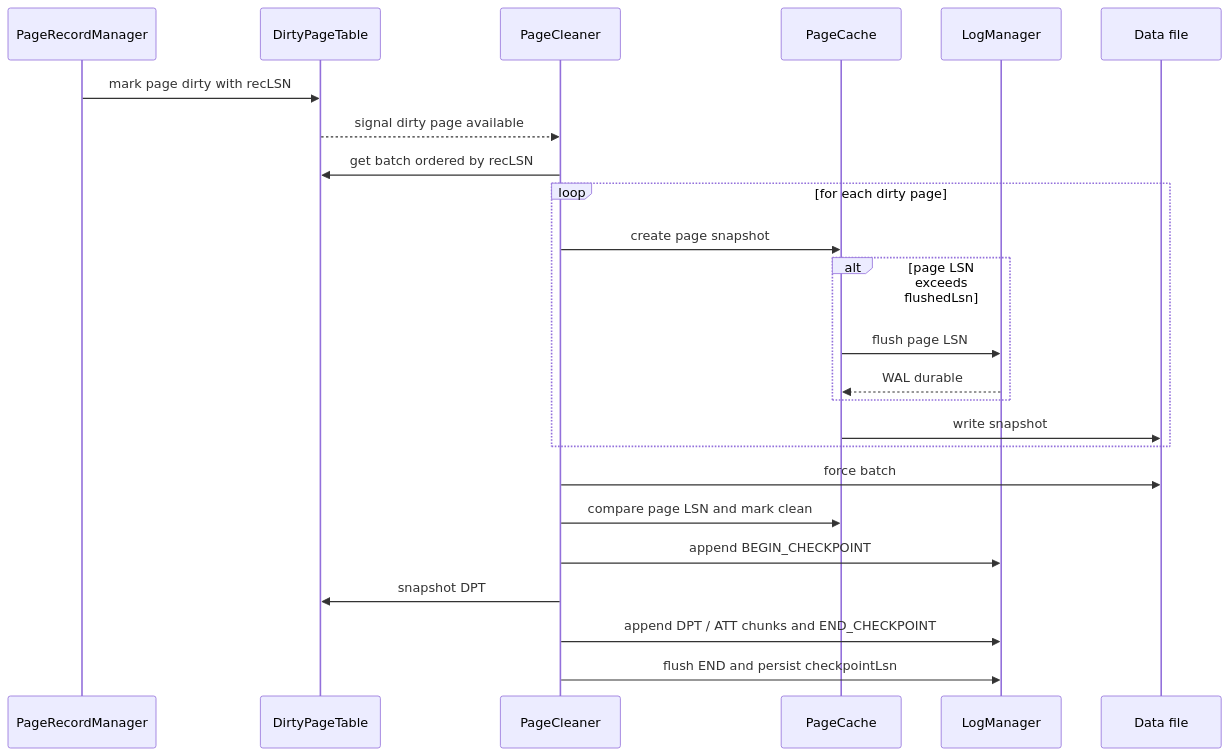
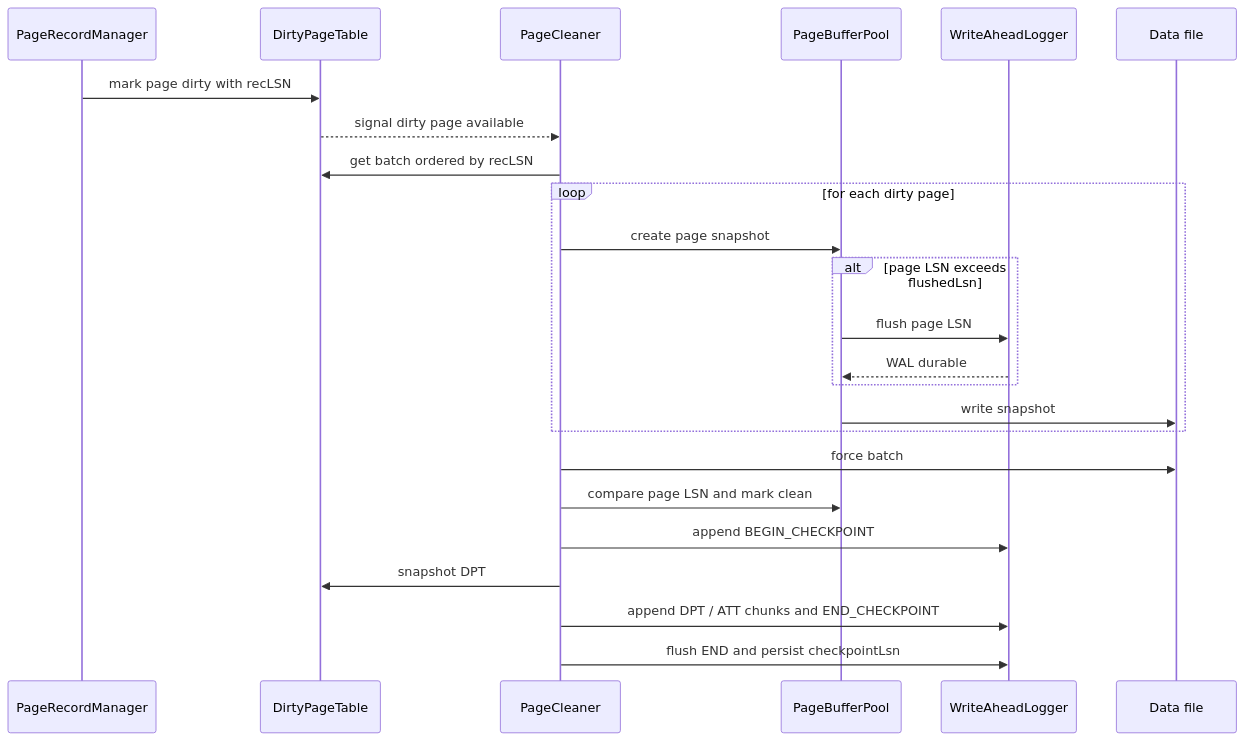
The eighth of 8 diagrams in docs/architecture/06-runtime.md (SarekCuimian/minisql), drawn with Mermaid before and after one commit. The commit also changed other lines of this file and 49 other files, not shown here.

````diff
--- a/docs/architecture/06-runtime.md
+++ b/docs/architecture/06-runtime.md
@@ -188,27 +195,27 @@
 ```mermaid
 sequenceDiagram
     participant R as PageRecordManager
     participant D as DirtyPageTable
     participant C as PageCleaner
-    participant P as PageCache
-    participant L as LogManager
+    participant P as PageBufferPool
+    participant L as WriteAheadLogger
     participant F as Data file
 
     R->>D: mark page dirty with recLSN
     D-->>C: signal dirty page available
     C->>D: get batch ordered by recLSN
     loop for each dirty page
         C->>P: create page snapshot
         alt page LSN exceeds flushedLsn
             P->>L: flush page LSN
             L-->>P: WAL durable
         end
         P->>F: write snapshot
     end
     C->>F: force batch
     C->>P: compare page LSN and mark clean
     C->>L: append BEGIN_CHECKPOINT
     C->>D: snapshot DPT
     C->>L: append DPT / ATT chunks and END_CHECKPOINT
     C->>L: flush END and persist checkpointLsn
 ```
````
